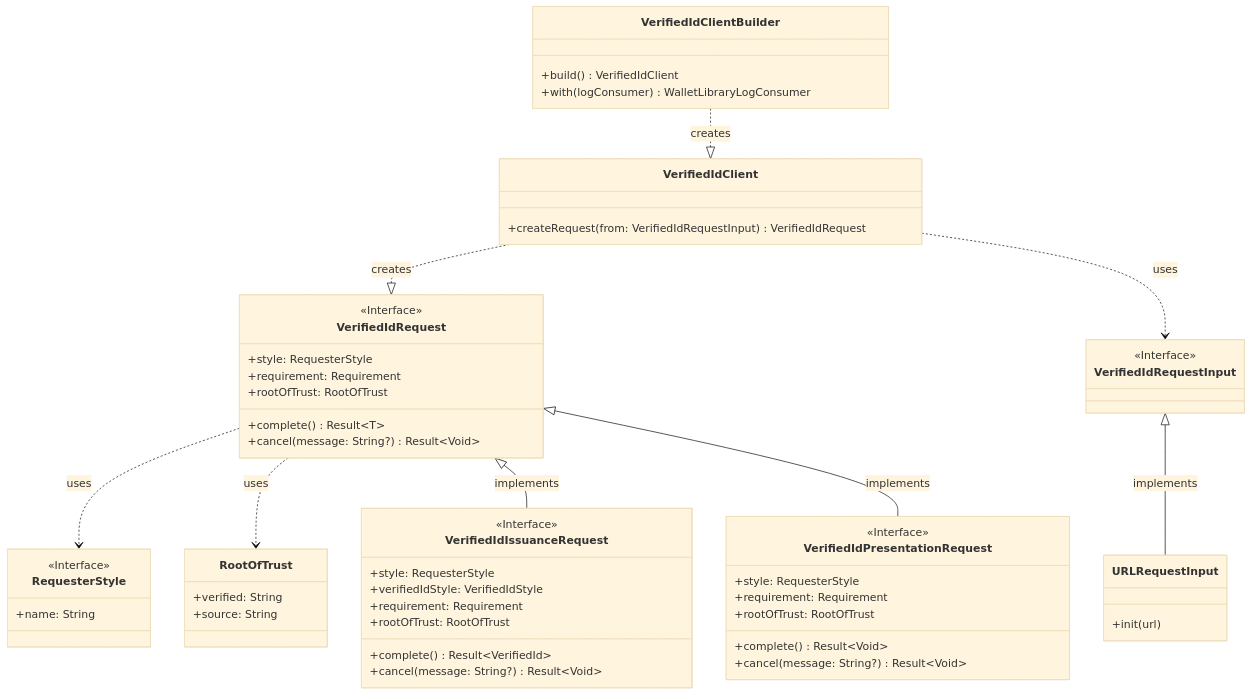
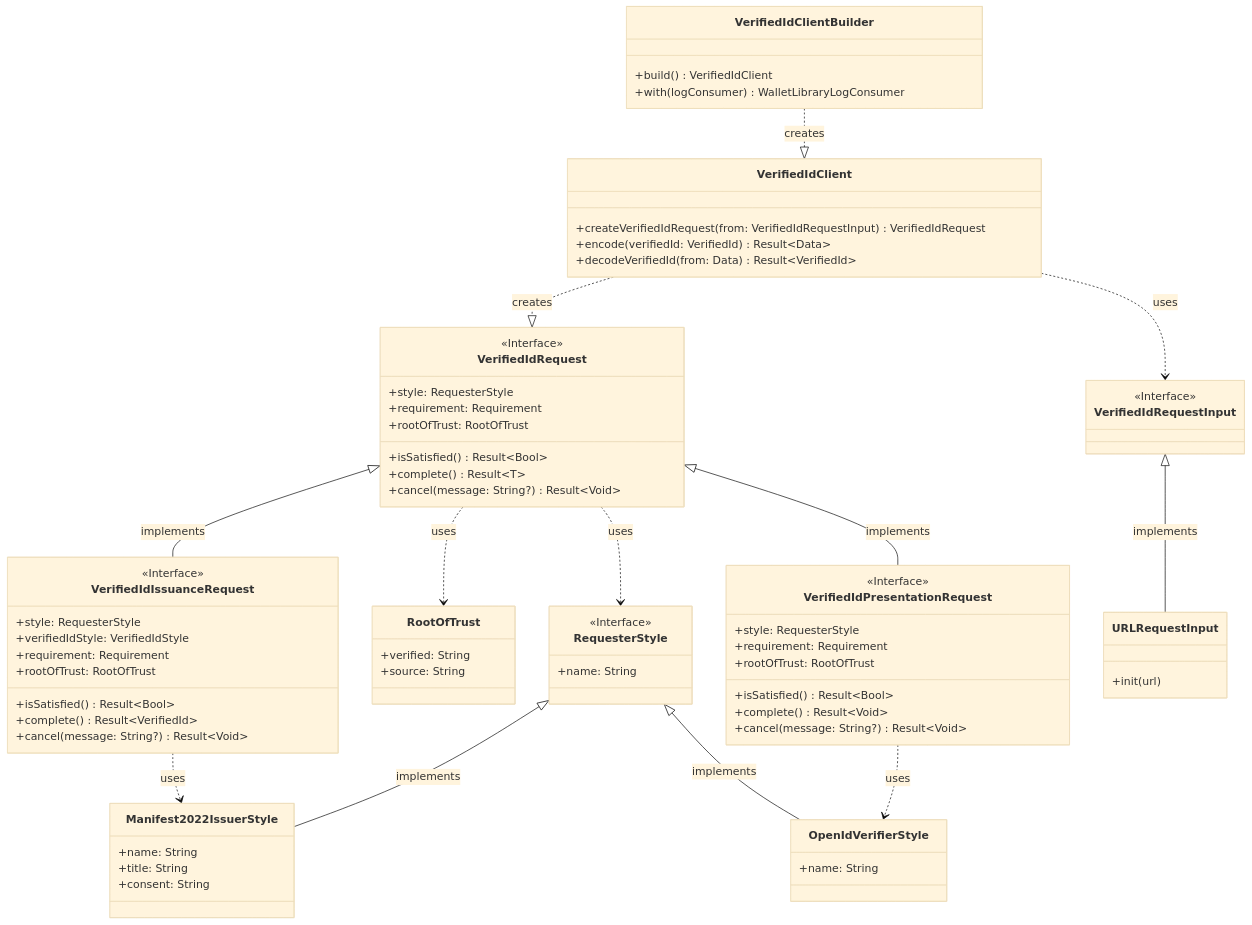
The first of 3 diagrams in Docs/LibraryArchitecture.md (microsoft/entra-verifiedid-wallet-library-ios), drawn with Mermaid (base theme) before and after one commit. The commit also changed other lines of this file, not shown here.

````diff
--- a/Docs/LibraryArchitecture.md
+++ b/Docs/LibraryArchitecture.md
@@ -5,56 +5,75 @@
 ```mermaid
 classDiagram
 VerifiedIdClientBuilder ..|> VerifiedIdClient: creates
 VerifiedIdClient ..|> VerifiedIdRequest: creates
 VerifiedIdRequest ..> RequesterStyle: uses
 VerifiedIdRequest ..> RootOfTrust: uses
 VerifiedIdRequest <|-- VerifiedIdIssuanceRequest: implements
 VerifiedIdRequest <|-- VerifiedIdPresentationRequest: implements
 VerifiedIdClient ..> VerifiedIdRequestInput: uses
 VerifiedIdRequestInput <|-- URLRequestInput: implements
+RequesterStyle <|-- Manifest2022IssuerStyle: implements
+VerifiedIdPresentationRequest ..> OpenIdVerifierStyle: uses
+RequesterStyle <|-- OpenIdVerifierStyle: implements
+VerifiedIdIssuanceRequest ..> Manifest2022IssuerStyle: uses
 class VerifiedIdClientBuilder{
     +build() VerifiedIdClient
     +with(logConsumer) WalletLibraryLogConsumer
 }
 class VerifiedIdClient{
-    +createRequest(from: VerifiedIdRequestInput) VerifiedIdRequest
+    +createVerifiedIdRequest(from: VerifiedIdRequestInput) VerifiedIdRequest
+    +encode(verifiedId: VerifiedId) Result<<T>Data>
+    +decodeVerifiedId(from: Data) Result<<T>VerifiedId>
 }
 <<Interface>> VerifiedIdRequestInput
 class URLRequestInput{
     +init(url)
 }
 <<Interface>> VerifiedIdRequest
 class VerifiedIdRequest{
     +style: RequesterStyle
     +requirement: Requirement
     +rootOfTrust: RootOfTrust
+    +isSatisfied() Result<<T>Bool>
     +complete() Result<<T>T>
     +cancel(message: String?) Result<<T>Void>
 }
 <<Interface>> VerifiedIdIssuanceRequest
 class VerifiedIdIssuanceRequest{
     +style: RequesterStyle
     +verifiedIdStyle: VerifiedIdStyle
     +requirement: Requirement
     +rootOfTrust: RootOfTrust
+    +isSatisfied() Result<<T>Bool>
     +complete() Result<<T>VerifiedId>
     +cancel(message: String?) Result<<T>Void>
 }
 <<Interface>> VerifiedIdPresentationRequest
 class VerifiedIdPresentationRequest{
     +style: RequesterStyle
     +requirement: Requirement
     +rootOfTrust: RootOfTrust
+    +isSatisfied() Result<<T>Bool>
     +complete() Result<<T>Void>
     +cancel(message: String?) Result<<T>Void>
 }
 
 class RootOfTrust{
     +verified: String
     +source: String
 }
 <<Interface>> RequesterStyle
 class RequesterStyle{
     +name: String
 }
+
+class Manifest2022IssuerStyle{
+    +name: String
+    +title: String
+    +consent: String
+}
+
+class OpenIdVerifierStyle{
+    +name: String
+}
 ```
````
